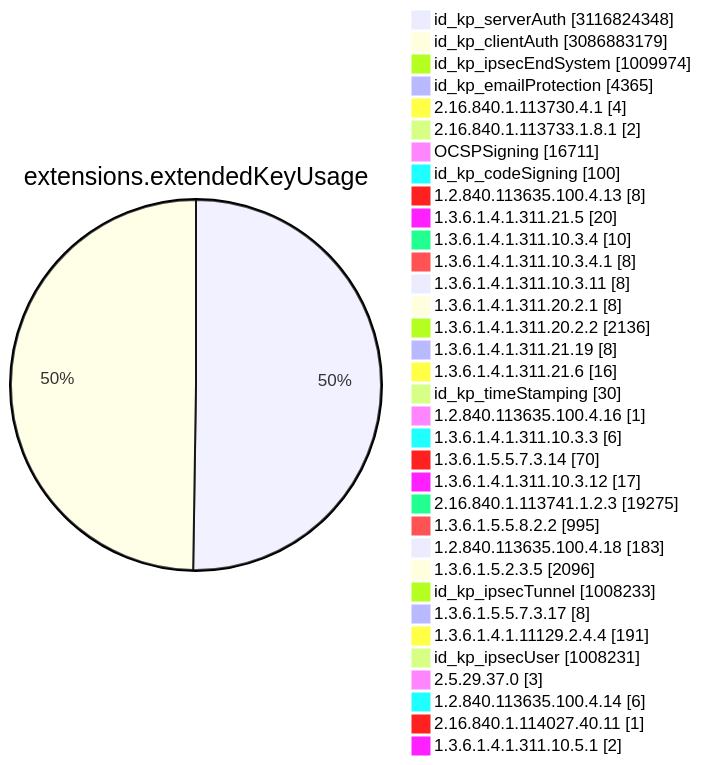
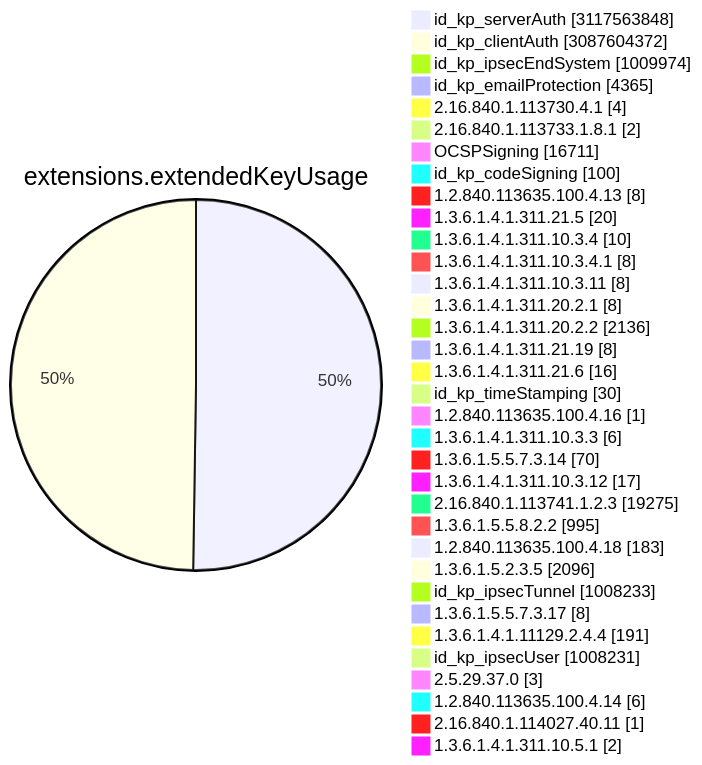
One commit to christiankrug/ctmonitor_visualization changed diagram 11 of 15 in TOTAL/README.md. Above: the diagram before and after it, drawn with Mermaid. The commit also changed other lines of this file, not shown here.

````diff
--- a/TOTAL/README.md
+++ b/TOTAL/README.md
@@ -4117,38 +4117,38 @@
 ```mermaid
 pie showData
 title extensions.extendedKeyUsage
-"id_kp_serverAuth" :3116824348
-"id_kp_clientAuth" :3086883179
+"id_kp_serverAuth" :3117563848
+"id_kp_clientAuth" :3087604372
 "id_kp_ipsecEndSystem" :1009974
 "id_kp_emailProtection" :4365
 "2.16.840.1.113730.4.1" :4
 "2.16.840.1.113733.1.8.1" :2
 "OCSPSigning" :16711
 "id_kp_codeSigning" :100
 "1.2.840.113635.100.4.13" :8
 "1.3.6.1.4.1.311.21.5" :20
 "1.3.6.1.4.1.311.10.3.4" :10
 "1.3.6.1.4.1.311.10.3.4.1" :8
 "1.3.6.1.4.1.311.10.3.11" :8
 "1.3.6.1.4.1.311.20.2.1" :8
 "1.3.6.1.4.1.311.20.2.2" :2136
 "1.3.6.1.4.1.311.21.19" :8
 "1.3.6.1.4.1.311.21.6" :16
 "id_kp_timeStamping" :30
 "1.2.840.113635.100.4.16" :1
 "1.3.6.1.4.1.311.10.3.3" :6
 "1.3.6.1.5.5.7.3.14" :70
 "1.3.6.1.4.1.311.10.3.12" :17
 "2.16.840.1.113741.1.2.3" :19275
 "1.3.6.1.5.5.8.2.2" :995
 "1.2.840.113635.100.4.18" :183
 "1.3.6.1.5.2.3.5" :2096
 "id_kp_ipsecTunnel" :1008233
 "1.3.6.1.5.5.7.3.17" :8
 "1.3.6.1.4.1.11129.2.4.4" :191
 "id_kp_ipsecUser" :1008231
 "2.5.29.37.0" :3
 "1.2.840.113635.100.4.14" :6
 "2.16.840.1.114027.40.11" :1
 "1.3.6.1.4.1.311.10.5.1" :2
 ```
````
